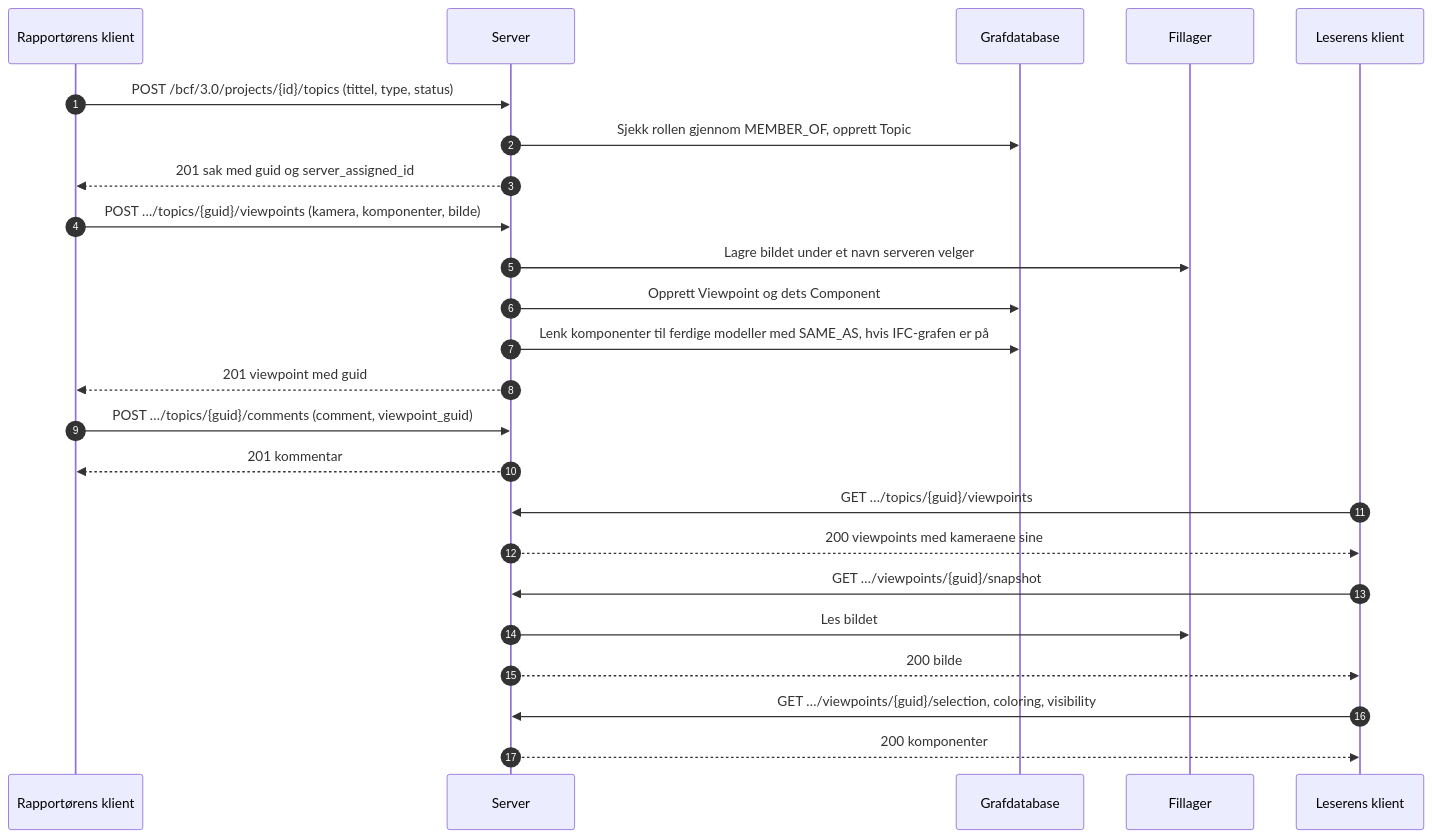
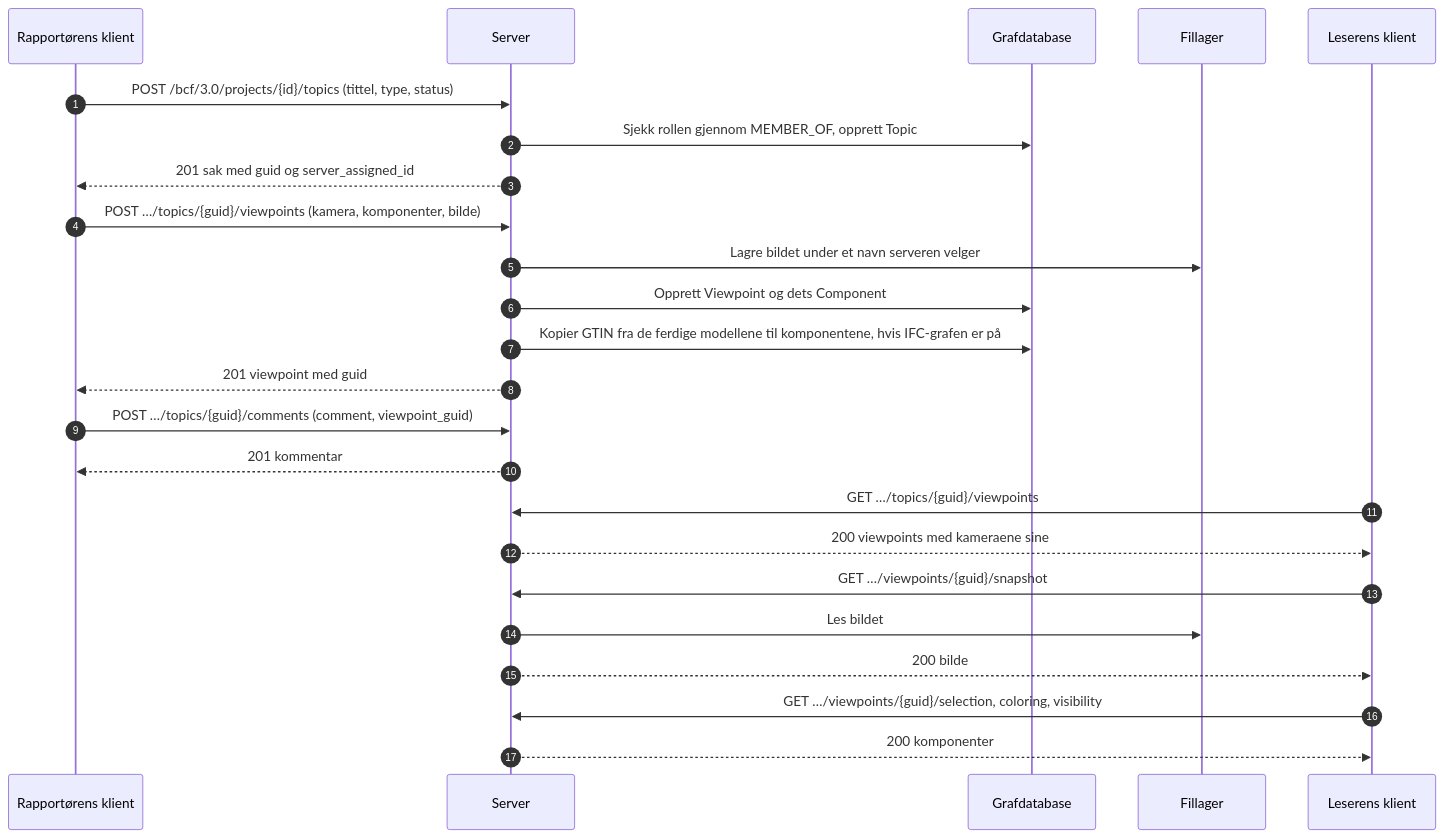
The diagram in docs/nb/flows/bcf-viewpoint.md (marwiss/Kontroll), drawn with Mermaid before and after one commit. The commit also changed other lines of this file and 50 other files, not shown here.

First line of the commit message:
Take the queries and the GTIN from IFC-LPG

````diff
--- a/docs/nb/flows/bcf-viewpoint.md
+++ b/docs/nb/flows/bcf-viewpoint.md
@@ -8,27 +8,27 @@
 ```mermaid
 sequenceDiagram
     autonumber
     participant A as Rapportørens klient
     participant S as Server
     participant G as Grafdatabase
     participant F as Fillager
     participant B as Leserens klient
 
     A->>S: POST /bcf/3.0/projects/{id}/topics (tittel, type, status)
     S->>G: Sjekk rollen gjennom MEMBER_OF, opprett Topic
     S-->>A: 201 sak med guid og server_assigned_id
     A->>S: POST …/topics/{guid}/viewpoints (kamera, komponenter, bilde)
     S->>F: Lagre bildet under et navn serveren velger
     S->>G: Opprett Viewpoint og dets Component
-    S->>G: Lenk komponenter til ferdige modeller med SAME_AS, hvis IFC-grafen er på
+    S->>G: Kopier GTIN fra de ferdige modellene til komponentene, hvis IFC-grafen er på
     S-->>A: 201 viewpoint med guid
     A->>S: POST …/topics/{guid}/comments (comment, viewpoint_guid)
     S-->>A: 201 kommentar
     B->>S: GET …/topics/{guid}/viewpoints
     S-->>B: 200 viewpoints med kameraene sine
     B->>S: GET …/viewpoints/{guid}/snapshot
     S->>F: Les bildet
     S-->>B: 200 bilde
     B->>S: GET …/viewpoints/{guid}/selection, coloring, visibility
     S-->>B: 200 komponenter
 ```
````
